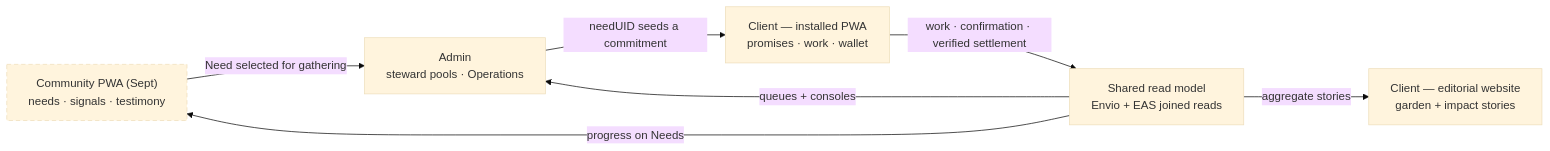
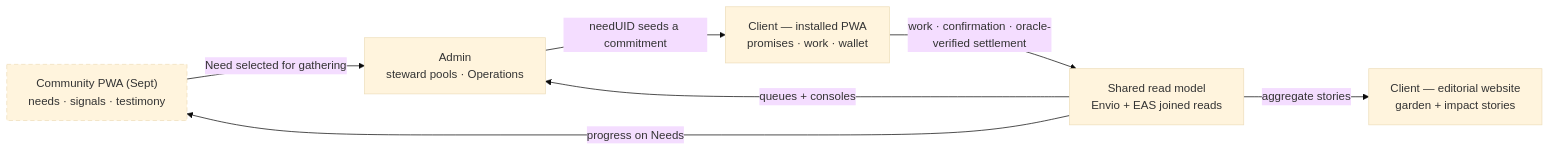
One commit to greenpill-dev-guild/green-goods changed the diagram in .plans/active/commitment-pooling/wireframes.md. Above: the diagram before and after it, drawn with Mermaid (base theme). The commit also changed other lines of this file and 56 other files, not shown here.

````diff
--- a/.plans/active/commitment-pooling/wireframes.md
+++ b/.plans/active/commitment-pooling/wireframes.md
@@ -25,17 +25,17 @@
 ```mermaid
 flowchart LR
   classDef planned stroke-dasharray: 6 4
   COM["Community PWA (Sept)<br/>needs · signals · testimony"]
   ADM["Admin<br/>steward pools · Operations"]
   PWA["Client — installed PWA<br/>promises · work · wallet"]
   PUB["Client — editorial website<br/>garden + impact stories"]
   READ["Shared read model<br/>Envio + EAS joined reads"]
 
   COM -->|"Need selected for gathering"| ADM
   ADM -->|"needUID seeds a commitment"| PWA
-  PWA -->|"work · confirmation · verified settlement"| READ
+  PWA -->|"work · confirmation · oracle-verified settlement"| READ
   READ -->|"progress on Needs"| COM
   READ -->|"queues + consoles"| ADM
   READ -->|"aggregate stories"| PUB
   class COM planned
 ```
````
